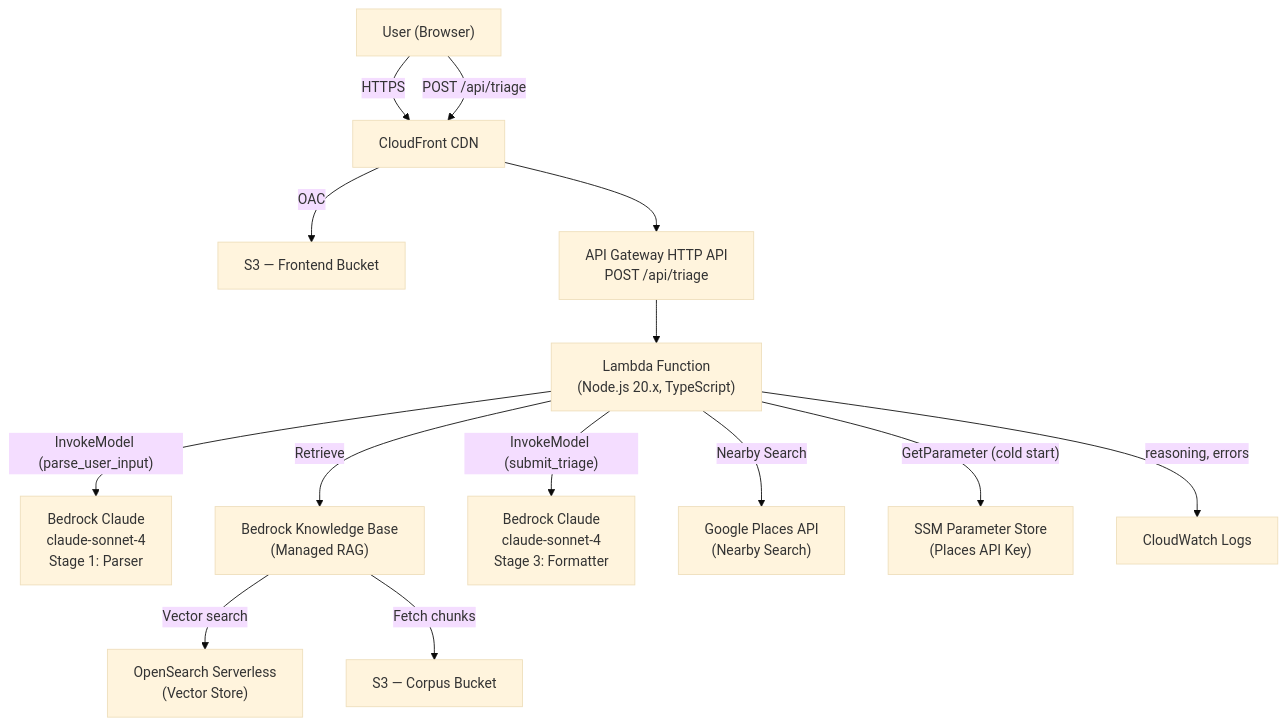
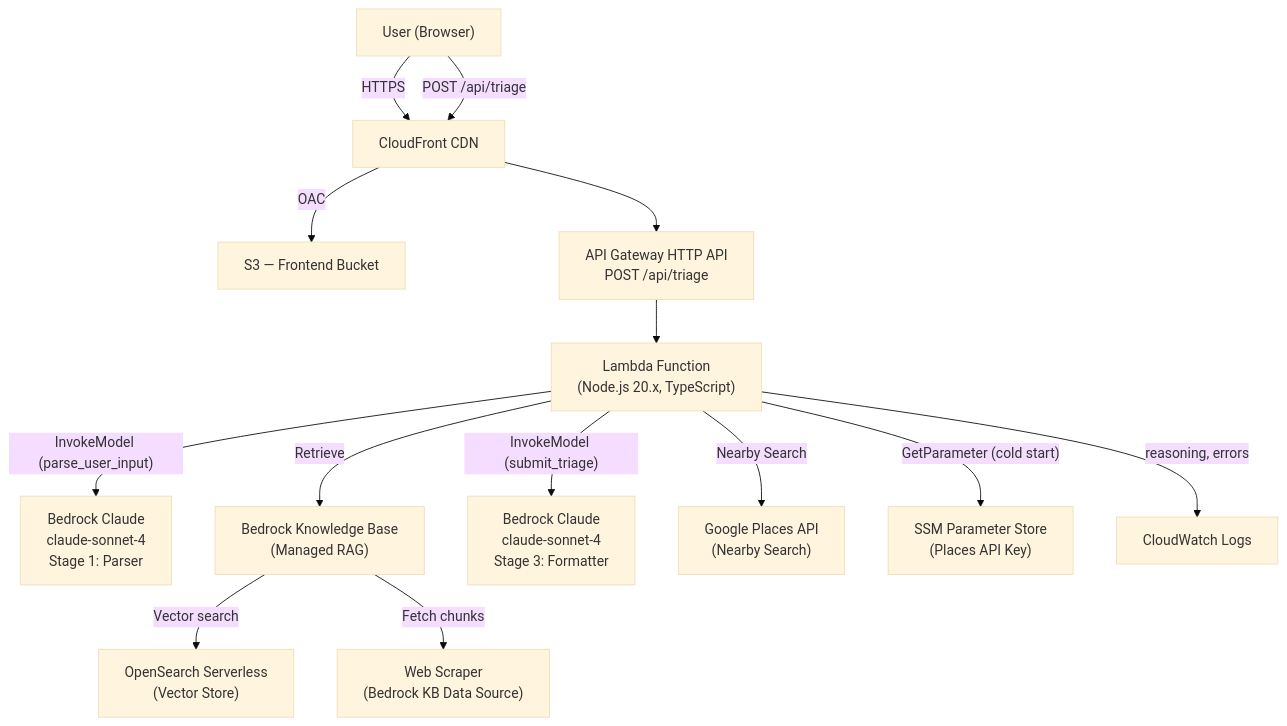
One commit to FloatRun/KiroHacks26 changed the first of 3 diagrams in design.md. Above: the diagram before and after it, drawn with Mermaid (base theme). The commit also changed other lines of this file and 4 other files, not shown here.

Commit message:
Replace S3 corpus data source with Bedrock web scraper across all docs

````diff
--- a/design.md
+++ b/design.md
@@ -9,30 +9,31 @@
 ```mermaid
 graph TD
     User["User (Browser)"]
     CF["CloudFront CDN"]
     S3F["S3 — Frontend Bucket"]
     APIGW["API Gateway HTTP API\nPOST /api/triage"]
     Lambda["Lambda Function\n(Node.js 20.x, TypeScript)"]
     Bedrock1["Bedrock Claude\nclaude-sonnet-4\nStage 1: Parser"]
     KB["Bedrock Knowledge Base\n(Managed RAG)"]
     AOSS["OpenSearch Serverless\n(Vector Store)"]
-    S3C["S3 — Corpus Bucket"]
+    S3C["Web Scraper\n(Bedrock KB Data Source)"]
     Bedrock2["Bedrock Claude\nclaude-sonnet-4\nStage 3: Formatter"]
     Places["Google Places API\n(Nearby Search)"]
     SSM["SSM Parameter Store\n(Places API Key)"]
     CW["CloudWatch Logs"]
 
     User -->|"HTTPS"| CF
     CF -->|"OAC"| S3F
     User -->|"POST /api/triage"| CF
     CF --> APIGW
     APIGW --> Lambda
     Lambda -->|"InvokeModel (parse_user_input)"| Bedrock1
     Lambda -->|"Retrieve"| KB
     KB -->|"Vector search"| AOSS
     KB -->|"Fetch chunks"| S3C
+
     Lambda -->|"InvokeModel (submit_triage)"| Bedrock2
     Lambda -->|"Nearby Search"| Places
     Lambda -->|"GetParameter (cold start)"| SSM
     Lambda -->|"reasoning, errors"| CW
 ```
````
